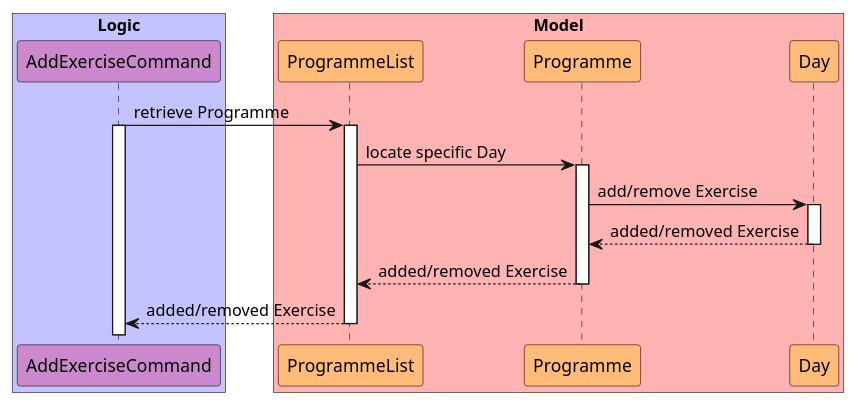
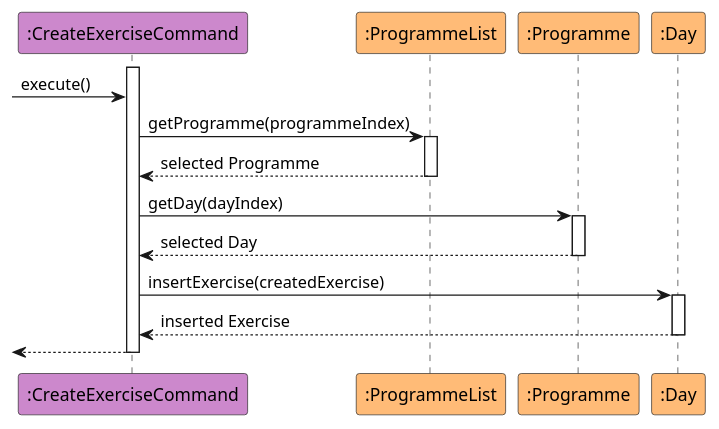
Before and after one commit to nus-cs2113-AY2425S1/tp: the diagram in docs/diagrams/addExerciseCommand.puml, drawn with PlantUML. The commit also changed 30 other files, not shown here.

Commit message:
Fix sequence diagram bugs

```diff
--- a/docs/diagrams/addExerciseCommand.puml
+++ b/docs/diagrams/addExerciseCommand.puml
@@ -1,30 +1,29 @@
 @startuml
-box "Logic" #c3c3ff
-participant "AddExerciseCommand" as AddExerciseCommand #cc88cc
-end box
+participant ":CreateExerciseCommand" as AddExerciseCommand #cc88cc
+participant ":ProgrammeList" as ProgrammeList #ffbb77
+participant ":Programme" as Programme #ffbb77
+participant ":Day" as Day #ffbb77
 
-box "Model" #ffb3b3
-participant "ProgrammeList" as ProgrammeList #ffbb77
-participant "Programme" as Programme #ffbb77
-participant "Day" as Day #ffbb77
-end box
 
-AddExerciseCommand -> ProgrammeList : retrieve Programme
 activate AddExerciseCommand
+-> AddExerciseCommand : execute()
+
+AddExerciseCommand -> ProgrammeList : getProgramme(programmeIndex)
 activate ProgrammeList
+ProgrammeList --> AddExerciseCommand : selected Programme
+deactivate ProgrammeList
 
-ProgrammeList -> Programme : locate specific Day
+AddExerciseCommand -> Programme : getDay(dayIndex)
 activate Programme
+Programme --> AddExerciseCommand : selected Day
+deactivate Programme
 
-Programme -> Day : add/remove Exercise
+AddExerciseCommand -> Day: insertExercise(createdExercise)
 activate Day
-
-Day --> Programme : added/removed Exercise
+Day --> AddExerciseCommand: inserted Exercise
 deactivate Day
 
-Programme --> ProgrammeList : added/removed Exercise
-deactivate Programme
 
-ProgrammeList --> AddExerciseCommand : added/removed Exercise
-deactivate ProgrammeList
+<-- AddExerciseCommand
+deactivate AddExerciseCommand
 @enduml
```
